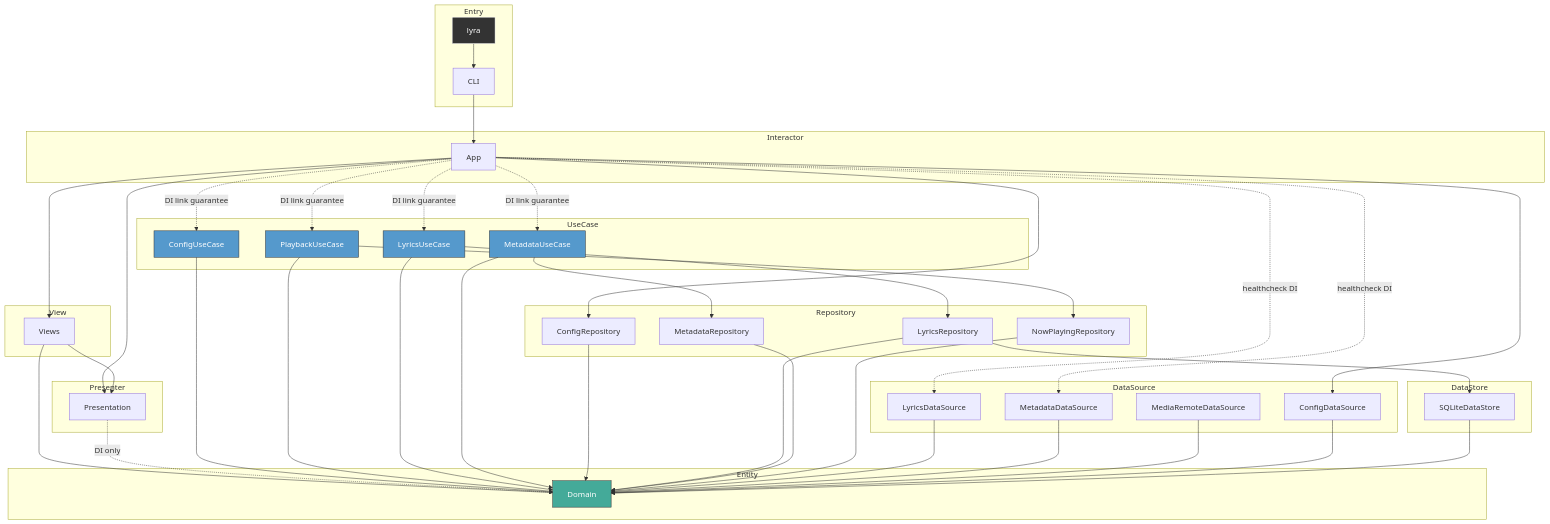
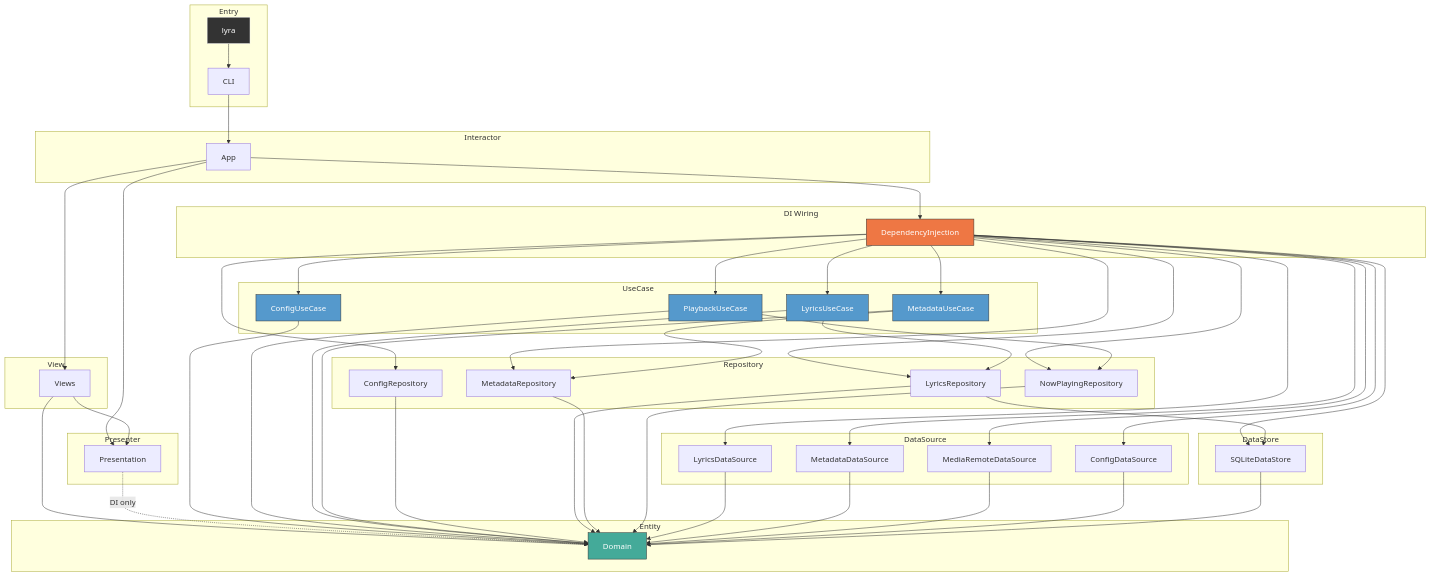
The diagram in CLAUDE.md (GeneralD/lyra), drawn with Mermaid before and after one commit. The commit also changed other lines of this file and 22 other files, not shown here.

First line of the commit message:
refactor: extract DependencyInjection module from App

```diff
--- a/CLAUDE.md
+++ b/CLAUDE.md
@@ -32,6 +32,10 @@
 
     subgraph Interactor
         App[App]
+    end
+
+    subgraph DI Wiring
+        DependencyInjection[DependencyInjection]
     end
 
     subgraph Presenter
@@ -69,9 +73,12 @@
 
     lyra --> CLI
     CLI --> App
-    App --> Views & Presentation & ConfigDataSource & ConfigRepository
-    App -.->|DI link guarantee| ConfigUseCase & PlaybackUseCase & LyricsUseCase & MetadataUseCase
-    App -.->|healthcheck DI| LyricsDataSource & MetadataDataSource
+    App --> Views & Presentation & DependencyInjection
+    DependencyInjection --> ConfigUseCase & ConfigRepository & ConfigDataSource
+    DependencyInjection --> PlaybackUseCase & LyricsUseCase & MetadataUseCase
+    DependencyInjection --> LyricsRepository & MetadataRepository & NowPlayingRepository
+    DependencyInjection --> LyricsDataSource & MetadataDataSource & MediaRemoteDataSource
+    DependencyInjection --> SQLiteDataStore
     Views --> Presentation & Domain
     Presentation -.->|DI only| Domain
     ConfigUseCase --> Domain
@@ -89,6 +96,7 @@
     SQLiteDataStore --> Domain
 
     style Domain fill:#4a9,stroke:#333,color:#fff
+    style DependencyInjection fill:#e74,stroke:#333,color:#fff
     style ConfigUseCase fill:#59c,stroke:#333,color:#fff
     style PlaybackUseCase fill:#59c,stroke:#333,color:#fff
     style LyricsUseCase fill:#59c,stroke:#333,color:#fff
```
